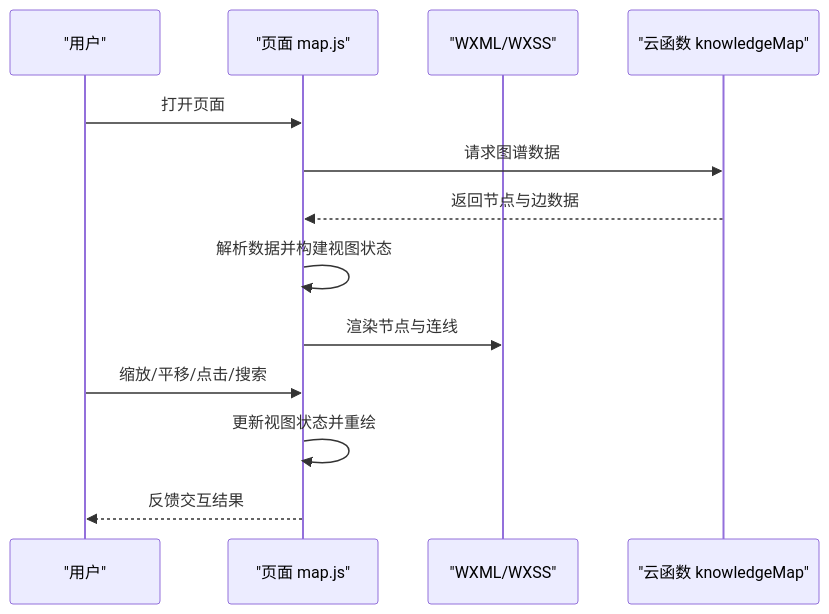
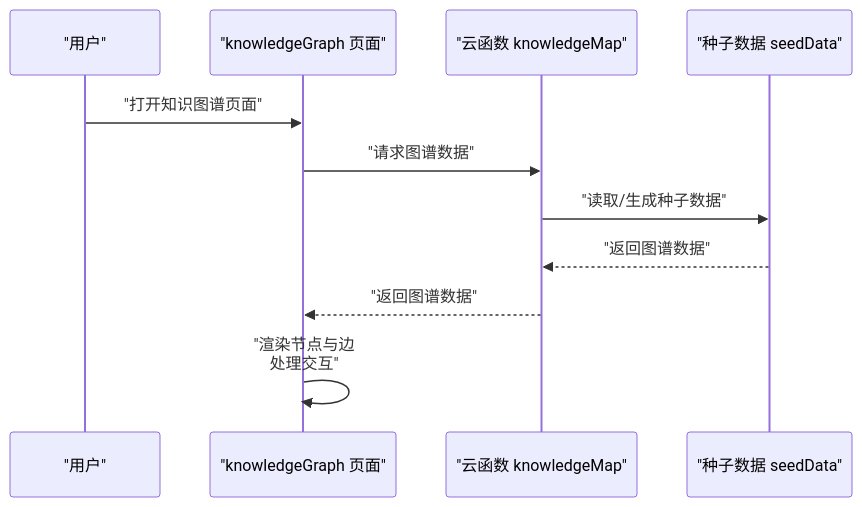
The second of 5 diagrams in .qoder/repowiki/zh/content/UI组件库/知识图谱可视化组件.md (cwb7756/bio), drawn with Mermaid before and after one commit. The commit also changed other lines of this file and 14 other files, not shown here.

First line of the commit message:
feat(knowledgeMap): 增强知识图谱功能，新增种子数据生成器

````diff
--- a/.qoder/repowiki/zh/content/UI组件库/知识图谱可视化组件.md
+++ b/.qoder/repowiki/zh/content/UI组件库/知识图谱可视化组件.md
@@ -88,15 +100,13 @@
 ```mermaid
 sequenceDiagram
 participant U as "用户"
-participant P as "页面 map.js"
-participant W as "WXML/WXSS"
+participant P as "knowledgeGraph 页面"
 participant CF as "云函数 knowledgeMap"
-U->>P : 打开页面
-P->>CF : 请求图谱数据
-CF-->>P : 返回节点与边数据
-P->>P : 解析数据并构建视图状态
-P->>W : 渲染节点与连线
-U->>P : 缩放/平移/点击/搜索
-P->>P : 更新视图状态并重绘
-P-->>U : 反馈交互结果
+participant SD as "种子数据 seedData"
+U->>P : "打开知识图谱页面"
+P->>CF : "请求图谱数据"
+CF->>SD : "读取/生成种子数据"
+SD-->>CF : "返回图谱数据"
+CF-->>P : "返回图谱数据"
+P->>P : "渲染节点与边<br/>处理交互"
 ```
````
